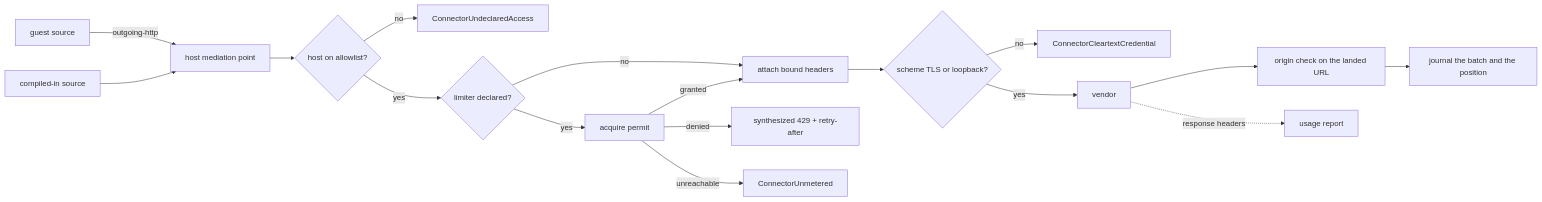
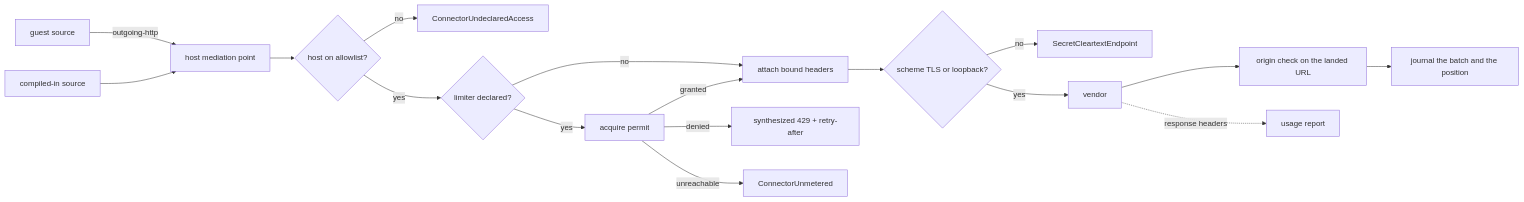
Before and after one commit to fractalboxdev/contextful: the first of 3 diagrams in spec/32-connector.md, drawn with Mermaid. The commit also changed other lines of this file and 182 other files, not shown here.

````diff
--- a/spec/32-connector.md
+++ b/spec/32-connector.md
@@ -407,19 +411,19 @@
 ```mermaid
 flowchart LR
   G["guest source"] -->|outgoing-http| M["host mediation point"]
   N["compiled-in source"] --> M
   M --> A{"host on allowlist?"}
   A -->|no| R1["ConnectorUndeclaredAccess"]
   A -->|yes| L{"limiter declared?"}
   L -->|no| H["attach bound headers"]
   L -->|yes| Q["acquire permit"]
   Q -->|denied| R2["synthesized 429 + retry-after"]
   Q -->|unreachable| R3["ConnectorUnmetered"]
   Q -->|granted| H
   H --> S{"scheme TLS or loopback?"}
-  S -->|no| R4["ConnectorCleartextCredential"]
+  S -->|no| R4["SecretCleartextEndpoint"]
   S -->|yes| V["vendor"]
   V --> P["origin check on the landed URL"]
   P --> J["journal the batch and the position"]
   V -.->|response headers| U["usage report"]
 ```
````
